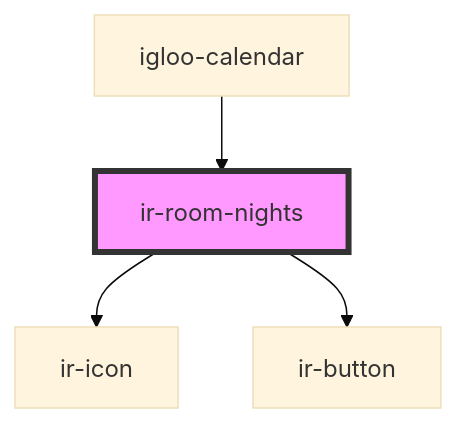
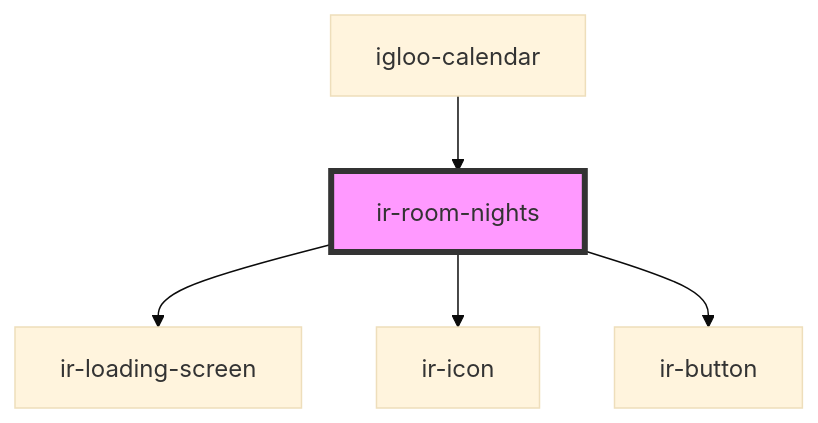
One commit to David1Chowaifaty/modified-ir-webcmp changed the diagram in src/components/ir-room-nights/readme.md. Above: the diagram before and after it, drawn with Mermaid (base theme). The commit also changed other lines of this file and 47 other files, not shown here.

````diff
--- a/src/components/ir-room-nights/readme.md
+++ b/src/components/ir-room-nights/readme.md
@@ -42,7 +43,8 @@
 ```mermaid
 graph TD;
+  ir-room-nights --> ir-loading-screen
   ir-room-nights --> ir-icon
   ir-room-nights --> ir-button
   igloo-calendar --> ir-room-nights
   style ir-room-nights fill:#f9f,stroke:#333,stroke-width:4px
 ```
````
